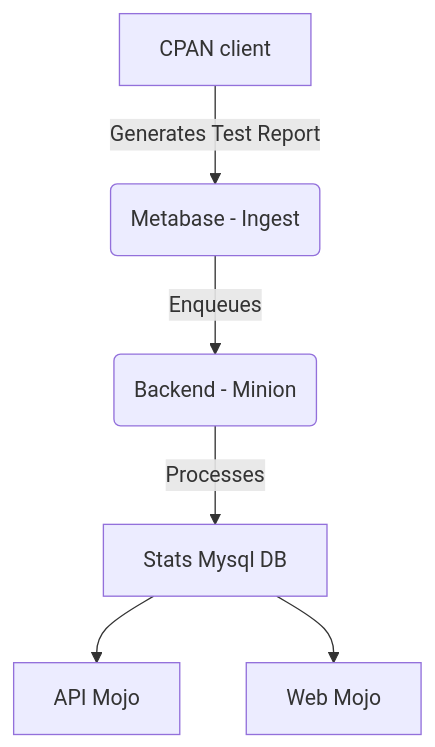
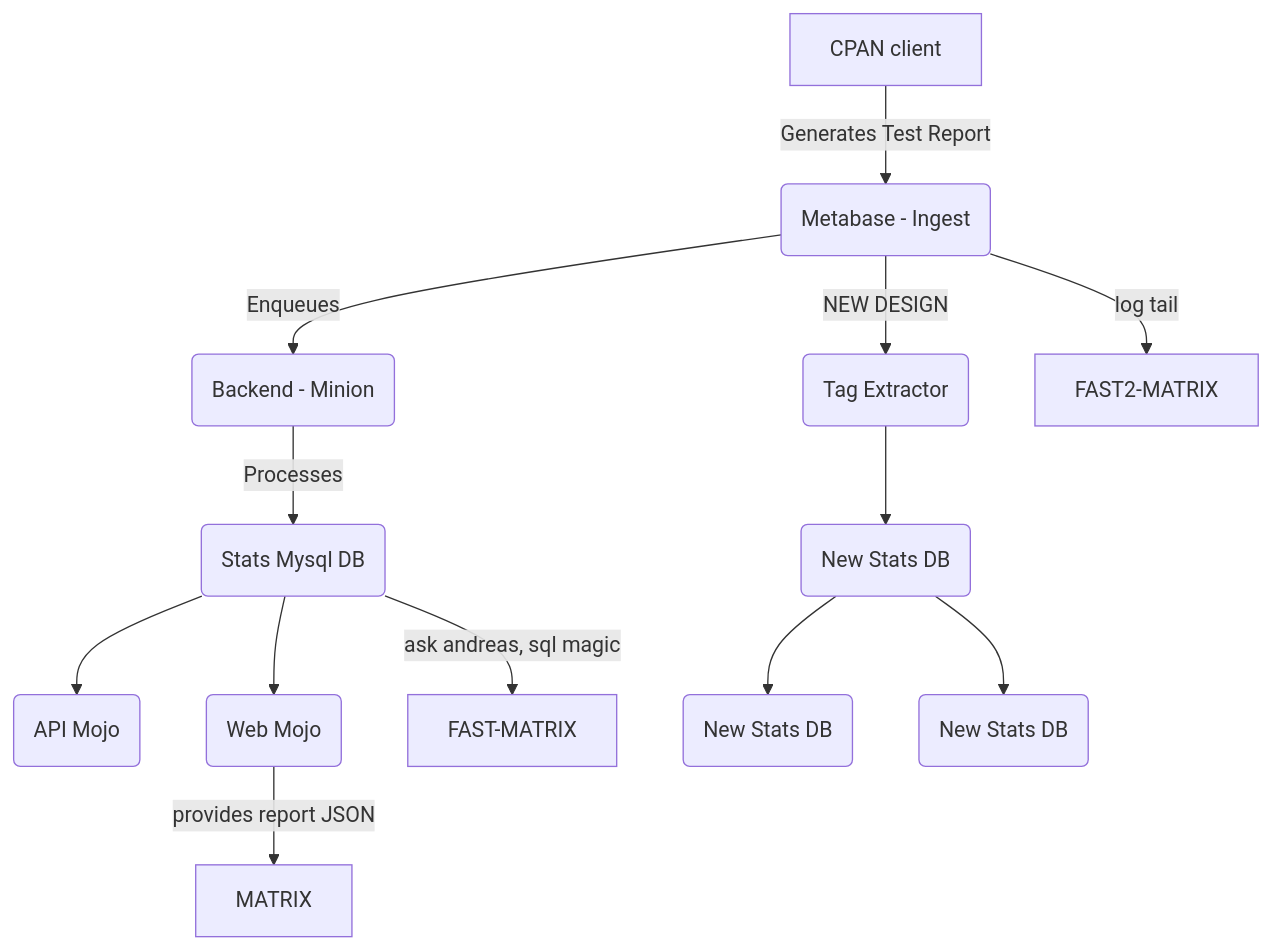
One commit to cpan-testers/cpantesters-inventory changed the diagram in report_flow.md. Above: the diagram before and after it, drawn with Mermaid.

Commit message:
include matrices

````diff
--- a/report_flow.md
+++ b/report_flow.md
@@ -3,8 +3,15 @@
 ```mermaid
 flowchart TD
     A[CPAN client] -->|Generates Test Report| B(Metabase - Ingest)
     B -->|Enqueues| C(Backend - Minion)
-    C -->|Processes| D[Stats Mysql DB]
-    D --> F[API Mojo]
-    D --> G[Web Mojo]
+    C -->|Processes| D(Stats Mysql DB)
+    D --> F(API Mojo)
+    D --> G(Web Mojo)
+    B -->|NEW DESIGN| H(Tag Extractor)
+    H --> I(New Stats DB)
+    I --> J(New Stats DB)
+    I --> K(New Stats DB)
+    G -->|provides report JSON| MATRIX
+    D -->|ask andreas, sql magic| FAST-MATRIX
+    B -->|log tail| FAST2-MATRIX
 ```
````
